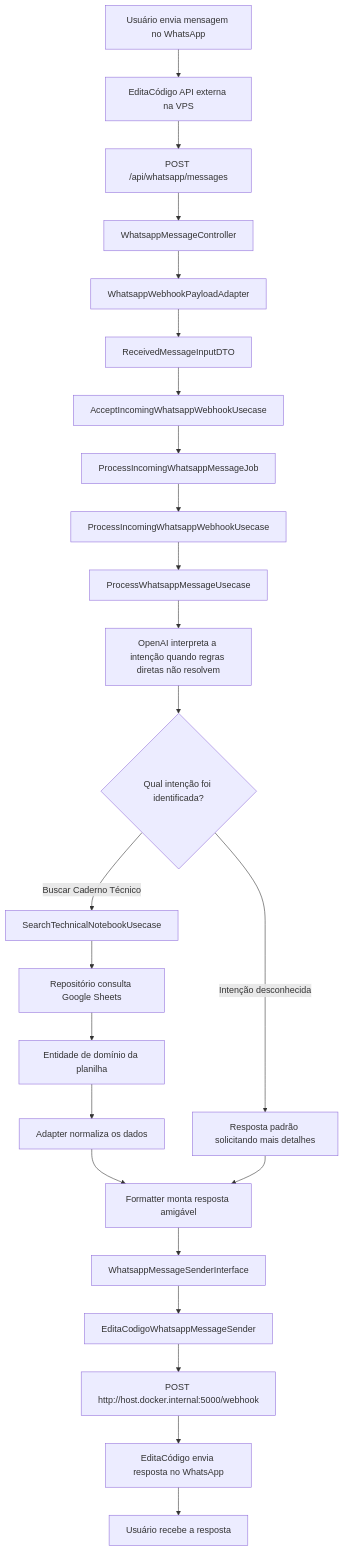
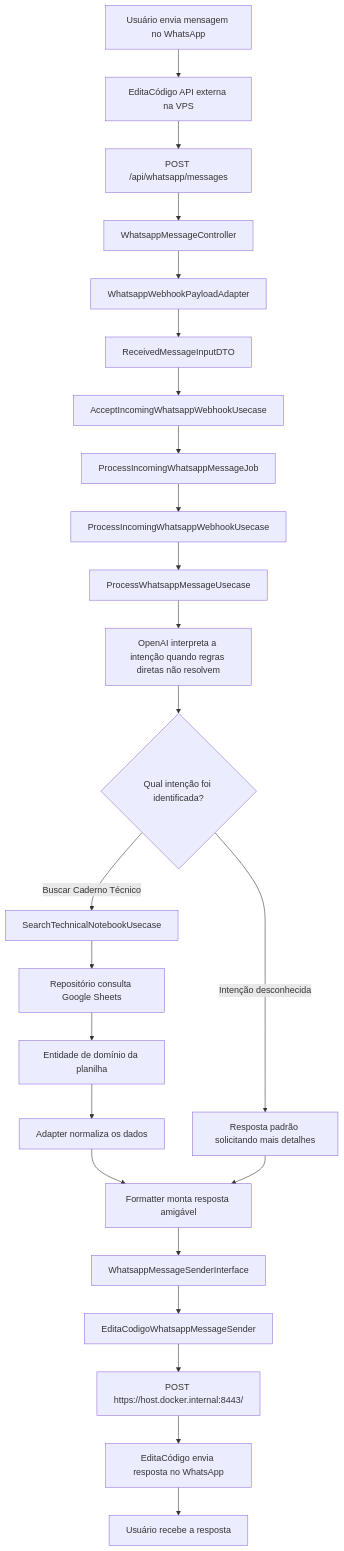
Before and after one commit to thiago-rosario/assistente-cotec-api: the diagram in README.md, drawn with Mermaid. The commit also changed other lines of this file and 19 other files, not shown here.

````diff
--- a/README.md
+++ b/README.md
@@ -48,35 +48,35 @@
 ```mermaid
 flowchart TD
     A[Usuário envia mensagem no WhatsApp] --> B[EditaCódigo API externa na VPS]
 
     B --> C[POST /api/whatsapp/messages]
     C --> D[WhatsappMessageController]
     D --> E[WhatsappWebhookPayloadAdapter]
     E --> F[ReceivedMessageInputDTO]
     F --> G[AcceptIncomingWhatsappWebhookUsecase]
     G --> H[ProcessIncomingWhatsappMessageJob]
 
     H --> I[ProcessIncomingWhatsappWebhookUsecase]
     I --> J[ProcessWhatsappMessageUsecase]
 
     J --> K[OpenAI interpreta a intenção quando regras diretas não resolvem]
 
     K --> L{Qual intenção foi identificada?}
 
     L -->|Buscar Caderno Técnico| M[SearchTechnicalNotebookUsecase]
     L -->|Intenção desconhecida| Q[Resposta padrão solicitando mais detalhes]
 
     M --> R[Repositório consulta Google Sheets]
 
     R --> S[Entidade de domínio da planilha]
     S --> T[Adapter normaliza os dados]
     T --> U[Formatter monta resposta amigável]
 
     Q --> U
 
     U --> V[WhatsappMessageSenderInterface]
     V --> W[EditaCodigoWhatsappMessageSender]
-    W --> Y[POST http://host.docker.internal:5000/webhook]
+    W --> Y[POST https://host.docker.internal:8443/]
     Y --> Z[EditaCódigo envia resposta no WhatsApp]
     Z --> X[Usuário recebe a resposta]
 ```
````
